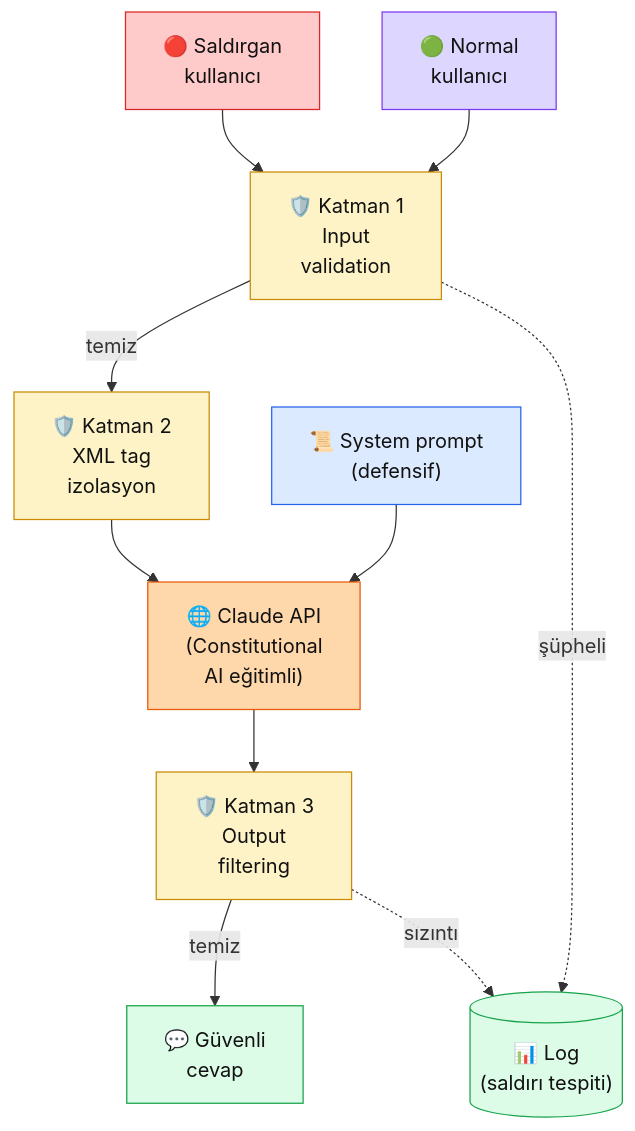
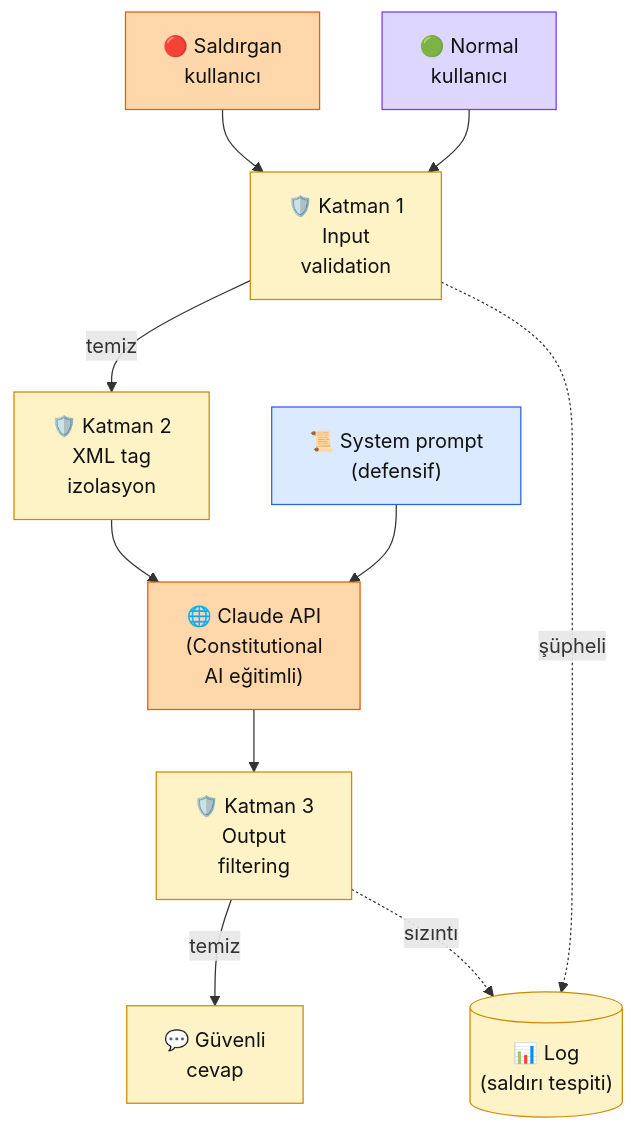
The diagram in docs/bolum-2/07-prompt-injection.md (KemalG-u/muhendisal-platform), drawn with Mermaid before and after one commit. The commit also changed other lines of this file and 8 other files, not shown here.

````diff
--- a/docs/bolum-2/07-prompt-injection.md
+++ b/docs/bolum-2/07-prompt-injection.md
@@ -38,34 +39,34 @@
 ```mermaid
 flowchart TB
   ATK["🔴 Saldırgan\nkullanıcı"]
   USR["🟢 Normal\nkullanıcı"]
   INV["🛡️ Katman 1\nInput\nvalidation"]
   XML["🛡️ Katman 2\nXML tag\nizolasyon"]
   SYS["📜 System prompt\n(defensif)"]
   API["🌐 Claude API\n(Constitutional\nAI eğitimli)"]
   OUT["🛡️ Katman 3\nOutput\nfiltering"]
   LOG[("📊 Log\n(saldırı tespiti)")]
   REPLY["💬 Güvenli\ncevap"]
 
   ATK --> INV
   USR --> INV
   INV -->|temiz| XML --> API
   INV -.şüpheli.-> LOG
   SYS --> API
   API --> OUT
   OUT -->|temiz| REPLY
   OUT -.sızıntı.-> LOG
 
-  classDef atk fill:#fecaca,stroke:#dc2626,color:#111
+  classDef atk fill:#fed7aa,stroke:#ea580c,color:#111
   classDef usr fill:#ddd6fe,stroke:#7c3aed,color:#111
   classDef def fill:#fef3c7,stroke:#ca8a04,color:#111
   classDef sys fill:#dbeafe,stroke:#2563eb,color:#111
   classDef api fill:#fed7aa,stroke:#ea580c,color:#111
-  classDef out fill:#dcfce7,stroke:#16a34a,color:#111
+  classDef out fill:#fef3c7,stroke:#ca8a04,color:#111
   class ATK atk
   class USR usr
   class INV,XML,OUT def
   class SYS sys
   class API api
   class LOG,REPLY out
 ```
````
